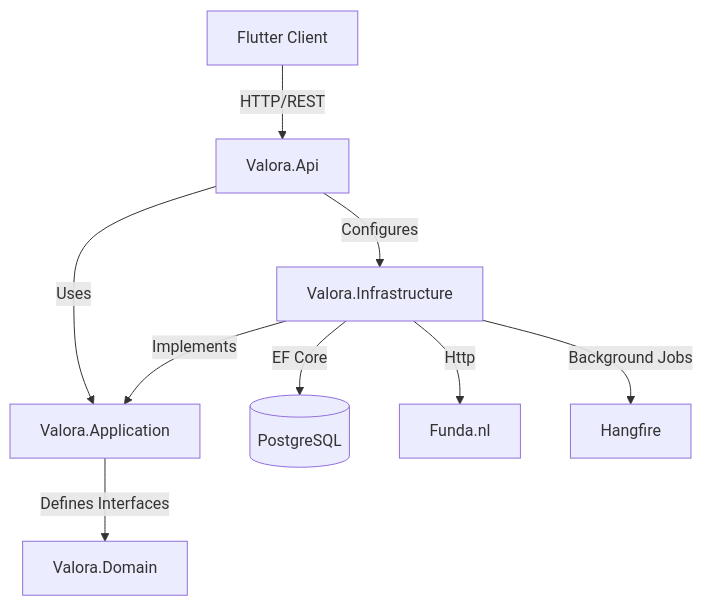
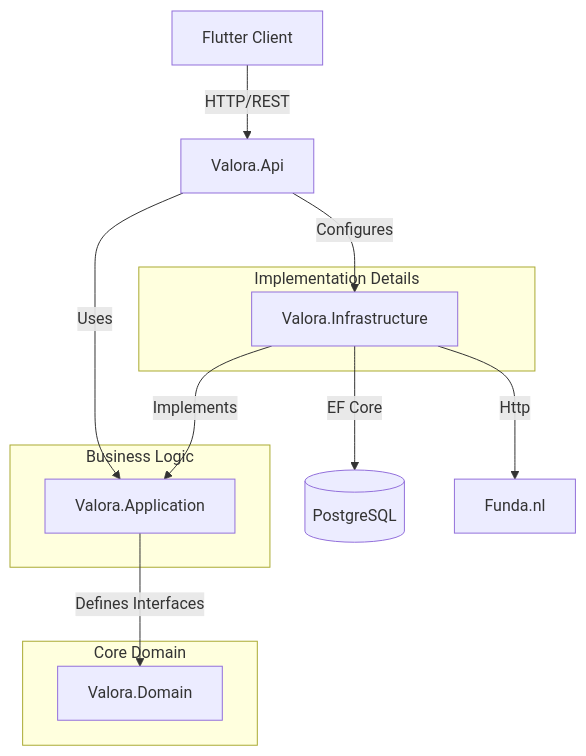
One commit to YKDBontekoe/valora changed the diagram in README.md. Above: the diagram before and after it, drawn with Mermaid. The commit also changed other lines of this file and 4 other files, not shown here.

````diff
--- a/README.md
+++ b/README.md
@@ -23,11 +68,22 @@
 ```mermaid
 graph TD
     Client[Flutter Client] -->|HTTP/REST| API[Valora.Api]
     API -->|Uses| App[Valora.Application]
     App -->|Defines Interfaces| Domain[Valora.Domain]
     API -->|Configures| Infra[Valora.Infrastructure]
     Infra -->|Implements| App
     Infra -->|EF Core| DB[(PostgreSQL)]
     Infra -->|Http| Funda[Funda.nl]
-    Infra -->|Background Jobs| Hangfire
+
+    subgraph "Core Domain"
+        Domain
+    end
+
+    subgraph "Business Logic"
+        App
+    end
+
+    subgraph "Implementation Details"
+        Infra
+    end
 ```
````
